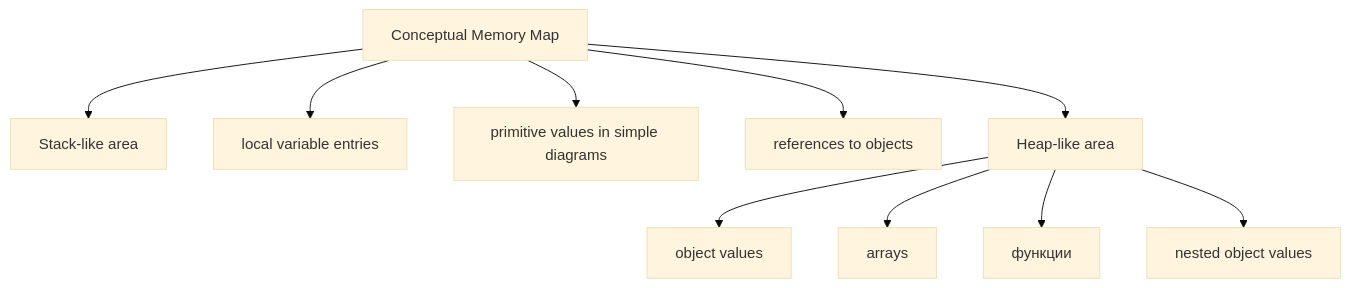
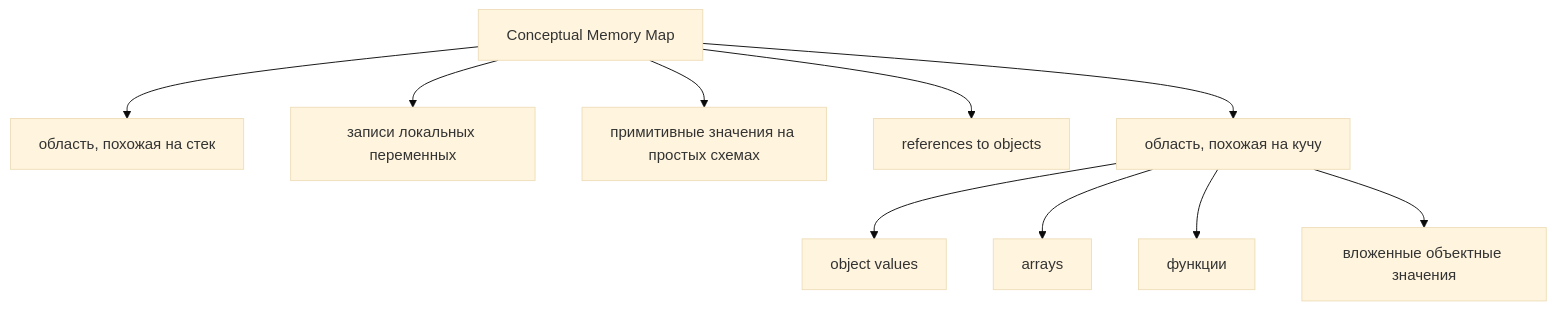
The third of 6 diagrams in docs/01-javascript/14-stack-and-heap.md (Bimba333/qa-js-ts-cookbook), drawn with Mermaid (base theme) before and after one commit. The commit also changed other lines of this file and 101 other files, not shown here.

````diff
--- a/docs/01-javascript/14-stack-and-heap.md
+++ b/docs/01-javascript/14-stack-and-heap.md
@@ -202,22 +202,22 @@
 ```mermaid
 flowchart TD
     N1["Conceptual Memory Map"]
-    N2["Stack-like area"]
-    N3["local variable entries"]
-    N4["primitive values in simple diagrams"]
+    N2["область, похожая на стек"]
+    N3["записи локальных переменных"]
+    N4["примитивные значения на простых схемах"]
     N5["references to objects"]
-    N6["Heap-like area"]
+    N6["область, похожая на кучу"]
     N7["object values"]
     N8["arrays"]
     N9["функции"]
-    N10["nested object values"]
+    N10["вложенные объектные значения"]
     N1 --> N2
     N1 --> N3
     N1 --> N4
     N1 --> N5
     N1 --> N6
     N6 --> N7
     N6 --> N8
     N6 --> N9
     N6 --> N10
 ```
````
